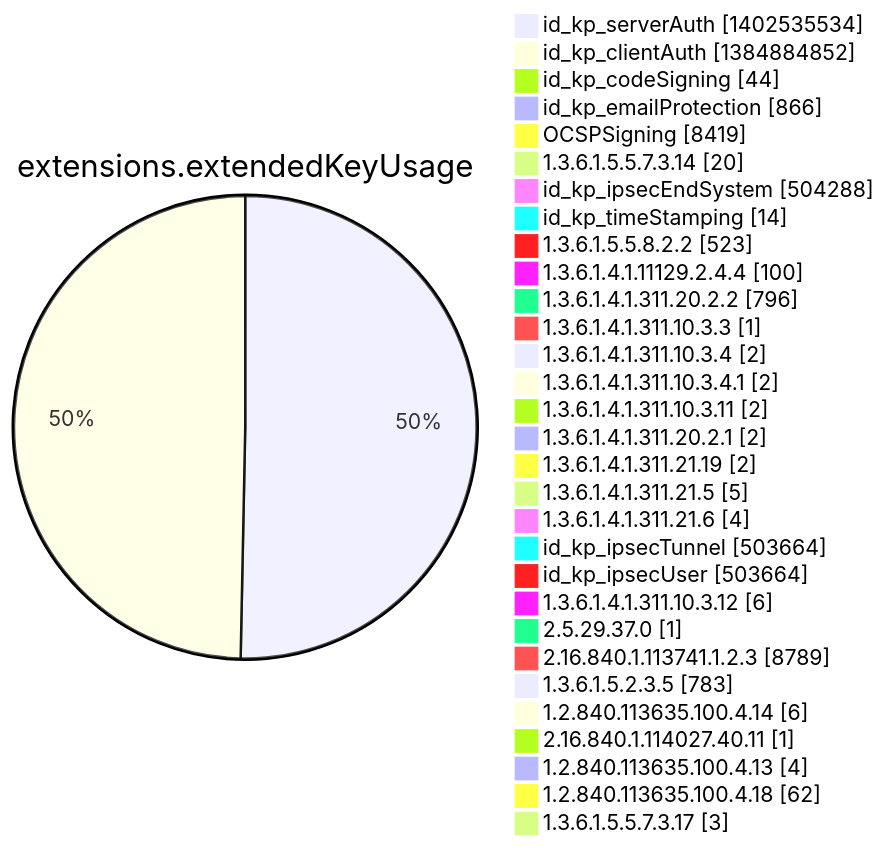
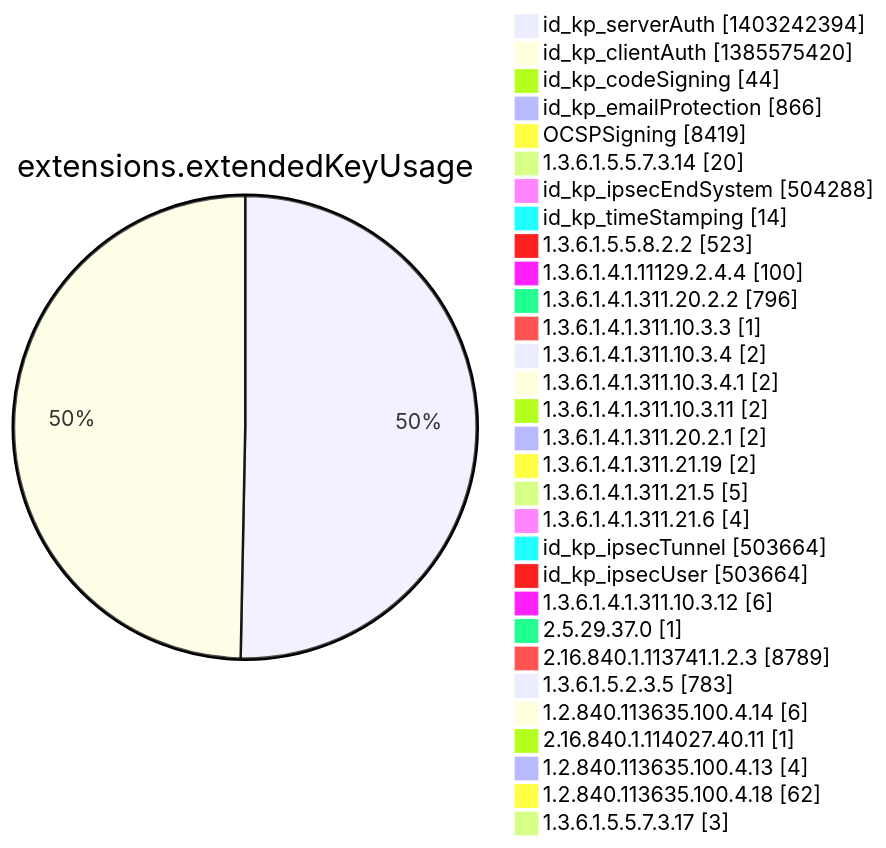
One commit to christiankrug/ctmonitor_visualization changed diagram 12 of 15 in argon2022/README.md. Above: the diagram before and after it, drawn with Mermaid. The commit also changed other lines of this file, not shown here.

````diff
--- a/argon2022/README.md
+++ b/argon2022/README.md
@@ -3554,34 +3554,34 @@
 ```mermaid
 pie showData
 title extensions.extendedKeyUsage
-"id_kp_serverAuth" :1402535534
-"id_kp_clientAuth" :1384884852
+"id_kp_serverAuth" :1403242394
+"id_kp_clientAuth" :1385575420
 "id_kp_codeSigning" :44
 "id_kp_emailProtection" :866
 "OCSPSigning" :8419
 "1.3.6.1.5.5.7.3.14" :20
 "id_kp_ipsecEndSystem" :504288
 "id_kp_timeStamping" :14
 "1.3.6.1.5.5.8.2.2" :523
 "1.3.6.1.4.1.11129.2.4.4" :100
 "1.3.6.1.4.1.311.20.2.2" :796
 "1.3.6.1.4.1.311.10.3.3" :1
 "1.3.6.1.4.1.311.10.3.4" :2
 "1.3.6.1.4.1.311.10.3.4.1" :2
 "1.3.6.1.4.1.311.10.3.11" :2
 "1.3.6.1.4.1.311.20.2.1" :2
 "1.3.6.1.4.1.311.21.19" :2
 "1.3.6.1.4.1.311.21.5" :5
 "1.3.6.1.4.1.311.21.6" :4
 "id_kp_ipsecTunnel" :503664
 "id_kp_ipsecUser" :503664
 "1.3.6.1.4.1.311.10.3.12" :6
 "2.5.29.37.0" :1
 "2.16.840.1.113741.1.2.3" :8789
 "1.3.6.1.5.2.3.5" :783
 "1.2.840.113635.100.4.14" :6
 "2.16.840.1.114027.40.11" :1
 "1.2.840.113635.100.4.13" :4
 "1.2.840.113635.100.4.18" :62
 "1.3.6.1.5.5.7.3.17" :3
 ```
````
